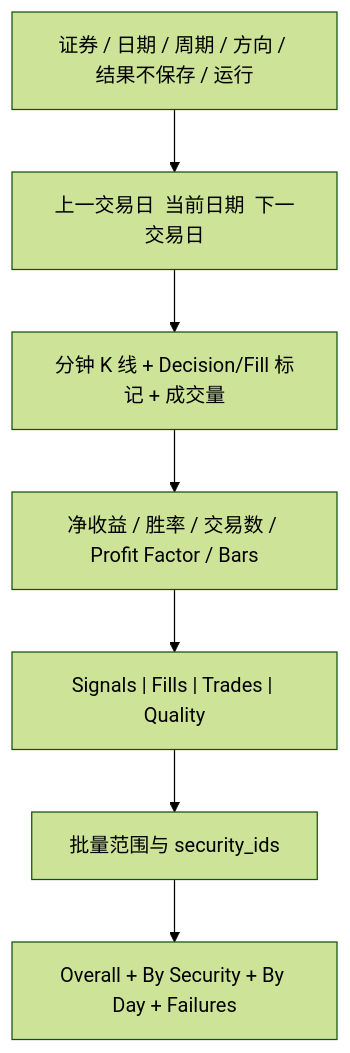
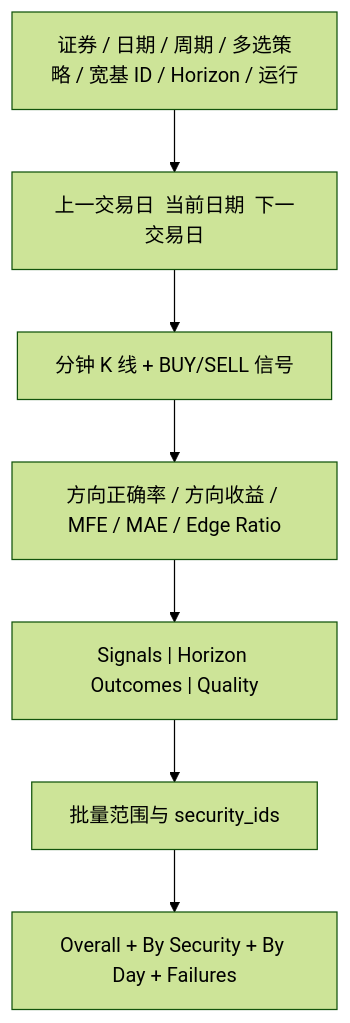
Before and after one commit to grand-thief-cash/chaos: the diagram in app/projects/artemis/docs/2026-07-30_T_TRADING_WORKBENCH_DESIGN/05_API_AND_CTHULHU_UI.md, drawn with Mermaid (forest theme). The commit also changed other lines of this file and 38 other files, not shown here.

````diff
--- a/app/projects/artemis/docs/2026-07-30_T_TRADING_WORKBENCH_DESIGN/05_API_AND_CTHULHU_UI.md
+++ b/app/projects/artemis/docs/2026-07-30_T_TRADING_WORKBENCH_DESIGN/05_API_AND_CTHULHU_UI.md
@@ -85,11 +114,11 @@
 ```mermaid
 flowchart TB
-    Controls["证券 / 日期 / 周期 / 方向 / 结果不保存 / 运行"]
+    Controls["证券 / 日期 / 周期 / 多选策略 / 宽基 ID / Horizon / 运行"]
     Nav["上一交易日  当前日期  下一交易日"]
-    Chart["分钟 K 线 + Decision/Fill 标记 + 成交量"]
-    Stats["净收益 / 胜率 / 交易数 / Profit Factor / Bars"]
-    Details["Signals | Fills | Trades | Quality"]
+    Chart["分钟 K 线 + BUY/SELL 信号"]
+    Stats["方向正确率 / 方向收益 / MFE / MAE / Edge Ratio"]
+    Details["Signals | Horizon Outcomes | Quality"]
     Batch["批量范围与 security_ids"]
     Report["Overall + By Security + By Day + Failures"]
     Controls --> Nav --> Chart --> Stats --> Details --> Batch --> Report
 ```
````
